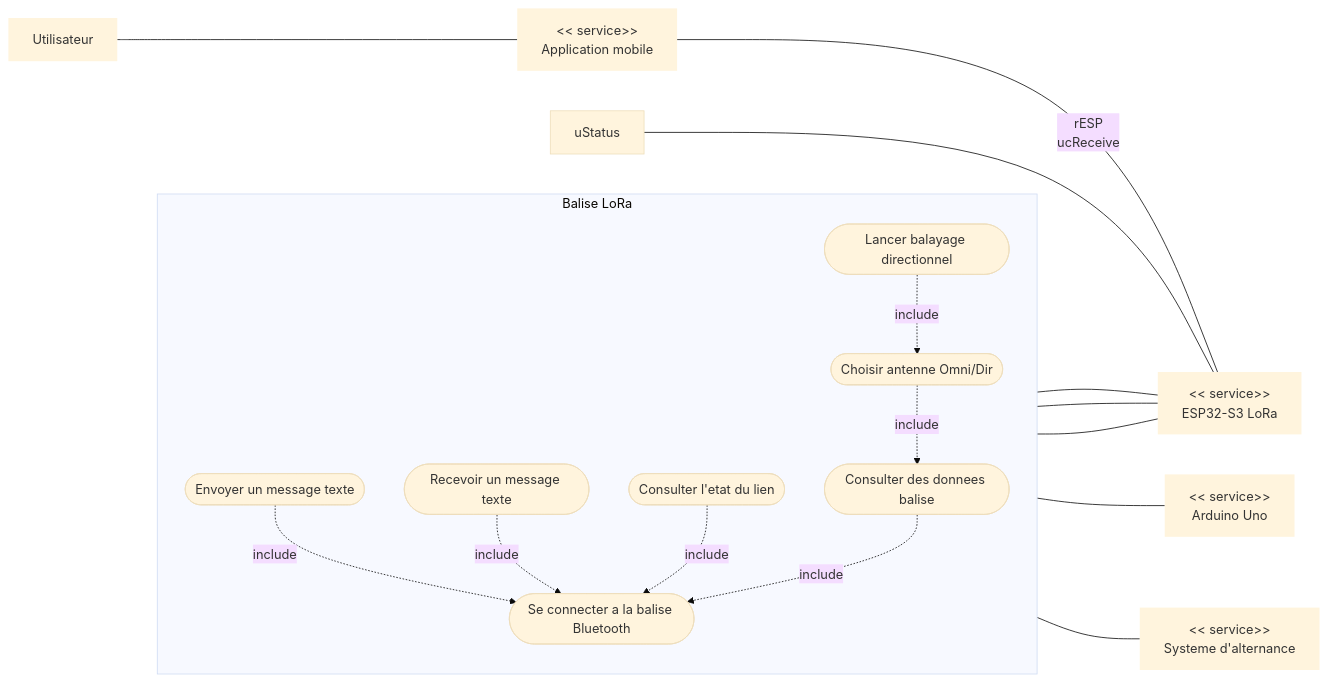
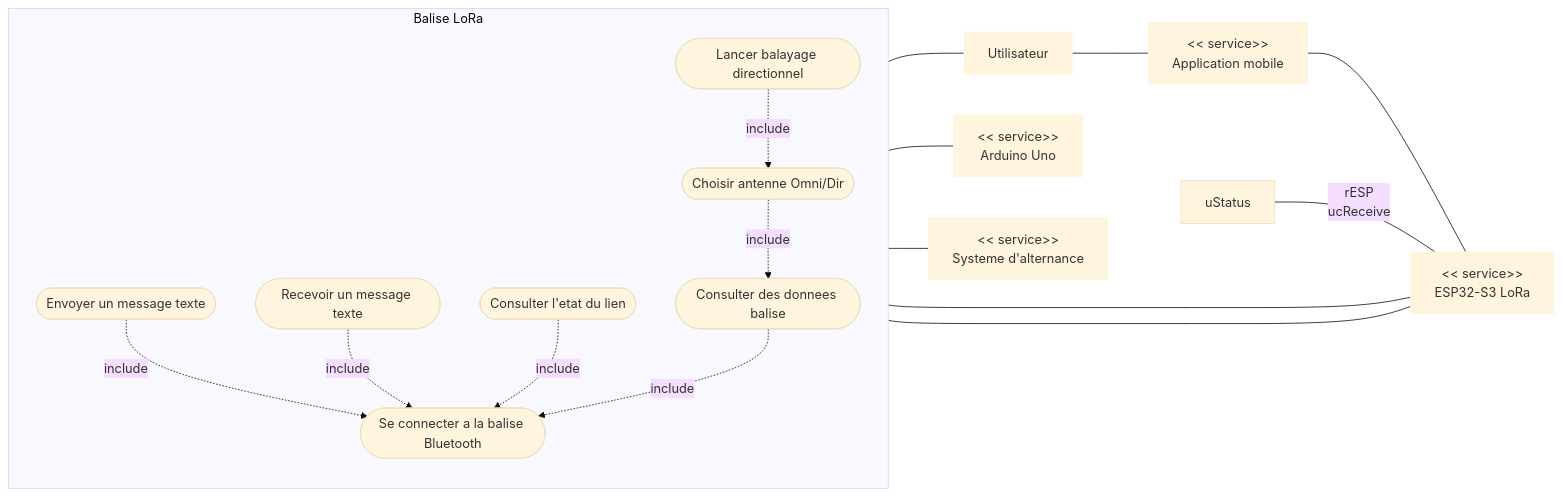
The first of 6 diagrams in Diagrammes_SysML_Projet_LoRa.md (SHU445/Projet-LoRa-72h), drawn with Mermaid (base theme) before and after one commit.

Commit message:
"USE_case_test_tamerelapute"

````diff
--- a/Diagrammes_SysML_Projet_LoRa.md
+++ b/Diagrammes_SysML_Projet_LoRa.md
@@ -12,41 +12,41 @@
 ```mermaid
 flowchart LR
   rU["Utilisateur"]:::role
   rAPP["<< service>>\nApplication mobile"]:::role
   rESP["<< service>>\nESP32-S3 LoRa"]:::role
   rARD["<< service>>\nArduino Uno"]:::role
   rALT["<< service>>\nSysteme d'alternance"]:::role
 
   subgraph S["Balise LoRa"]
     direction TB
     ucConnect([Se connecter a la balise Bluetooth])
     ucSend([Envoyer un message texte])
     ucReceive([Recevoir un message texte])
     ucStatus([Consulter l'etat du lien])
     ucData([Consulter des donnees balise])
     ucSelectAntenna([Choisir antenne Omni/Dir])
     ucScan([Lancer balayage directionnel])
 
     ucSend -. include .-> ucConnect
     ucReceive -. include .-> ucConnect
     ucStatus -. include .-> ucConnect
     ucData -. include .-> ucConnect
     ucSelectAntenna -. include .-> ucData
     ucScan -. include .-> ucSelectAntenna
   end
 
   rU --- rAPP
   rAPP --- rESP
 
   ucSend --- rESP
   uStatus --rESP
   ucReceive --- rESP
-  ucData --- rESP
+  ucData --- rU
   ucSelectAntenna --- rESP
 
 
   ucScan --- rARD
   ucSelectAntenna --- rALT
 
   classDef role stroke-width:0px;
 ```
````
